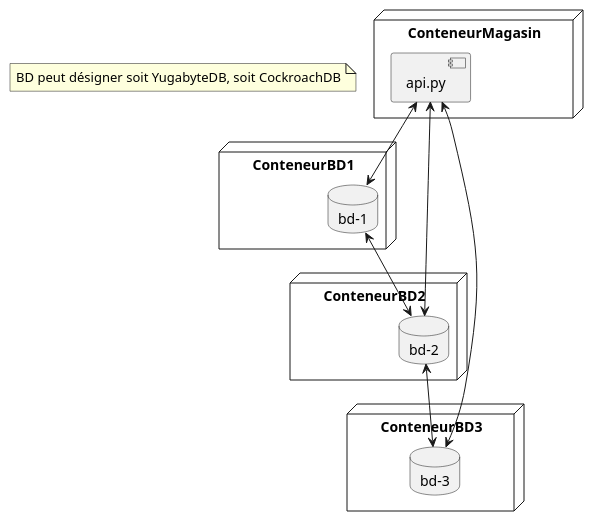
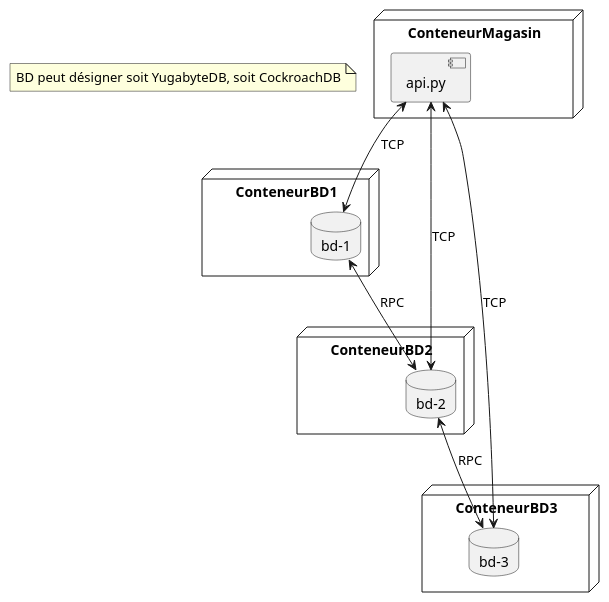
Before and after one commit to Catrice10/log430-labo9: the diagram in docs/views/deployment.puml, drawn with PlantUML. The commit also changed 3 other files, not shown here.

Commit message:
imrpove diagrams and update arc42

```diff
--- a/docs/views/deployment.puml
+++ b/docs/views/deployment.puml
@@ -1,28 +1,28 @@
 @startuml
   node ConteneurMagasin {
     component "api.py" 
   }
 
   node ConteneurBD1 {
     database "bd-1"
   }
 
   node ConteneurBD2 {
     database "bd-2"
   }
 
   node ConteneurBD3 {
     database "bd-3"
   }
 
-  "api.py" <--> "bd-1" 
-  "api.py" <--> "bd-2" 
-  "api.py" <--> "bd-3" 
+  "api.py" <--> "bd-1" : TCP
+  "api.py" <--> "bd-2" : TCP
+  "api.py" <--> "bd-3" : TCP
 
-  "bd-1" <--> "bd-2" 
-  "bd-2" <--> "bd-3" 
+  "bd-1" <--> "bd-2" : RPC
+  "bd-2" <--> "bd-3" : RPC
 
   note as N1
     BD peut désigner soit YugabyteDB, soit CockroachDB
   end note
 @enduml
```
